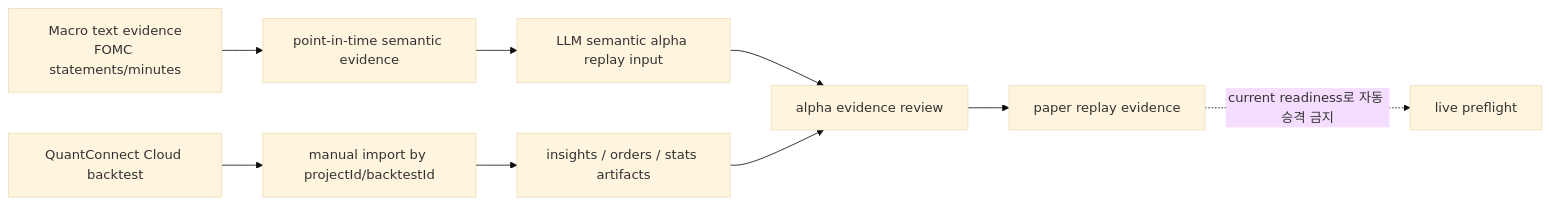
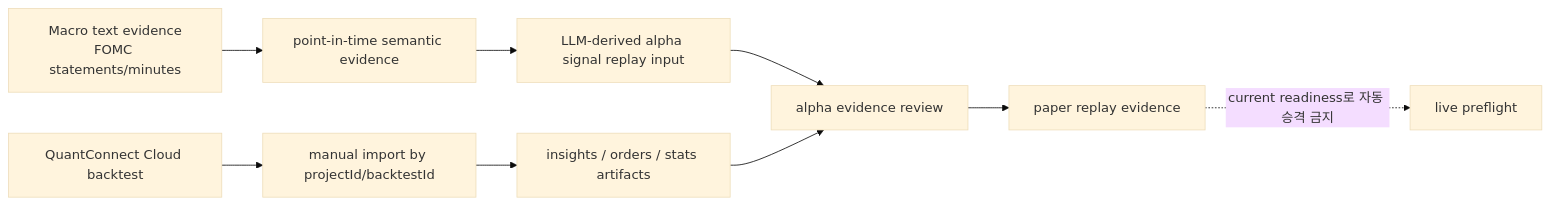
The eighth of 10 diagrams in result.md (gigio1023/lincei-quant-research-engine), drawn with Mermaid (base theme) before and after one commit. The commit also changed other lines of this file and 83 other files, not shown here.

````diff
--- a/result.md
+++ b/result.md
@@ -362,13 +362,13 @@
 ```mermaid
 flowchart LR
     A["Macro text evidence<br/>FOMC statements/minutes"] --> B["point-in-time semantic evidence"]
-    B --> C["LLM semantic alpha replay input"]
+    B --> C["LLM-derived alpha signal replay input"]
 
     D["QuantConnect Cloud backtest"] --> E["manual import by projectId/backtestId"]
     E --> F["insights / orders / stats artifacts"]
 
     C --> G["alpha evidence review"]
     F --> G
     G --> H["paper replay evidence"]
     H -. "current readiness로 자동 승격 금지" .-> I["live preflight"]
 ```
````
